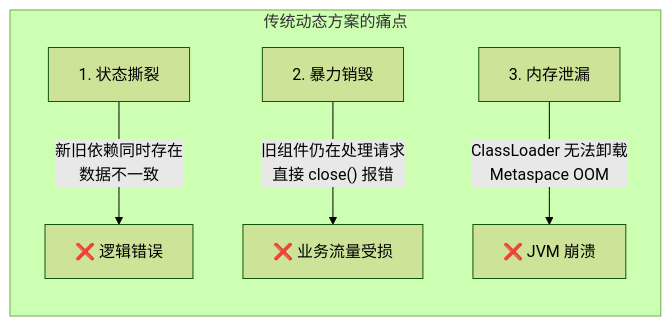
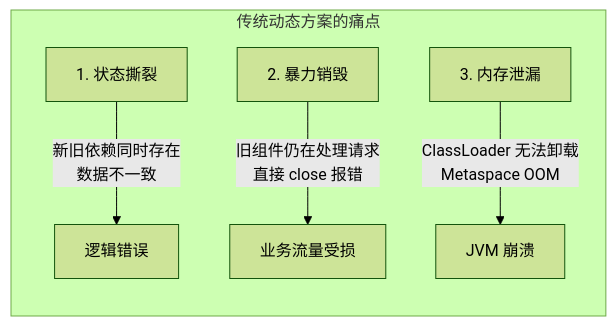
Before and after one commit to fjay/knotra: the first of 3 diagrams in README.md, drawn with Mermaid (forest theme). The commit also changed other lines of this file and 7 other files, not shown here.

Commit message:
docs: 修复 Mermaid 图表语法并清理所有 emoji 表情

````diff
--- a/README.md
+++ b/README.md
@@ -20,8 +20,8 @@
 ```mermaid
 graph LR
-    subgraph 传统动态方案的痛点
-        A["1. 状态撕裂"] -->|"新旧依赖同时存在<br/>数据不一致"| P1["❌ 逻辑错误"]
-        B["2. 暴力销毁"] -->|"旧组件仍在处理请求<br/>直接 close() 报错"| P2["❌ 业务流量受损"]
-        C["3. 内存泄漏"] -->|"ClassLoader 无法卸载<br/>Metaspace OOM"| P3["❌ JVM 崩溃"]
+    subgraph pain_points ["传统动态方案的痛点"]
+        A["1. 状态撕裂"] -->|"新旧依赖同时存在<br/>数据不一致"| P1["逻辑错误"]
+        B["2. 暴力销毁"] -->|"旧组件仍在处理请求<br/>直接 close 报错"| P2["业务流量受损"]
+        C["3. 内存泄漏"] -->|"ClassLoader 无法卸载<br/>Metaspace OOM"| P3["JVM 崩溃"]
     end
 ```
````
